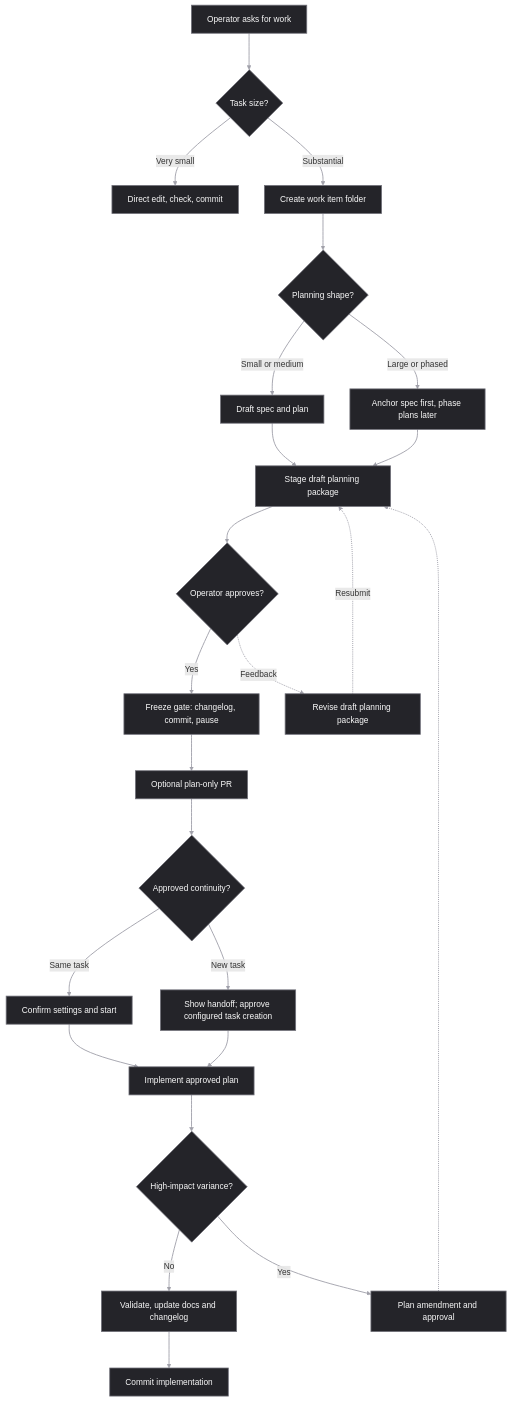
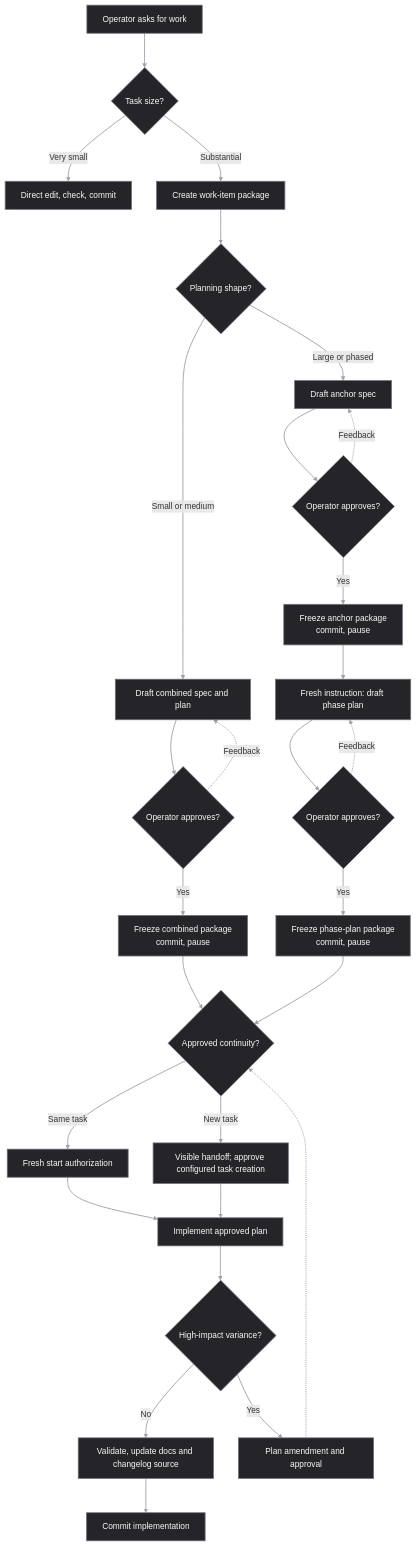
Before and after one commit to itxyzzz/dev-doc-harness: the diagram in README.md, drawn with Mermaid. The commit also changed other lines of this file and 3 other files, not shown here.

````diff
--- a/README.md
+++ b/README.md
@@ -24,44 +31,45 @@
 ```mermaid
 %%{init: {
   "flowchart": {
     "curve": "basis",
-    "nodeSpacing": 50,
-    "rankSpacing": 70
+    "nodeSpacing": 48,
+    "rankSpacing": 66
   }
 }}%%
 
 flowchart TD
     A["Operator asks for work"]:::house --> B{"Task size?"}:::house
-    B -->|Very small| C["Direct edit, check, commit"]:::house
-    B -->|Substantial| D["Create work item folder"]:::house
+    B -->|"Very small"| C["Direct edit, check, commit"]:::house
+    B -->|"Substantial"| D["Create work-item package"]:::house
 
     D --> E{"Planning shape?"}:::house
-    E -->|Small or medium| F["Draft spec and plan"]:::house
-    E -->|Large or phased| G["Anchor spec first, phase plans later"]:::house
+    E -->|"Small or medium"| F["Draft combined spec and plan"]:::house
+    E -->|"Large or phased"| G["Draft anchor spec"]:::house
 
-    F --> H["Stage draft planning package"]:::house
-    G --> H
+    F --> H{"Operator approves?"}:::house
+    H -.->|"Feedback"| F
+    H -->|"Yes"| I["Freeze combined package<br/>commit, pause"]:::house
 
-    H --> I{"Operator approves?"}:::house
-    I -->|Yes| J["Freeze gate: changelog, commit, pause"]:::house
+    G --> J{"Operator approves?"}:::house
+    J -.->|"Feedback"| G
+    J -->|"Yes"| K["Freeze anchor package<br/>commit, pause"]:::house
+    K --> L["Fresh instruction: draft phase plan"]:::house
+    L --> M{"Operator approves?"}:::house
+    M -.->|"Feedback"| L
+    M -->|"Yes"| N["Freeze phase-plan package<br/>commit, pause"]:::house
 
-    I -.->|Feedback| R["Revise draft planning package"]:::house
-    R -.->|Resubmit| H
-
-    J --> O["Optional plan-only PR"]:::house
-    O --> P{"Approved continuity?"}:::house
-    P -->|Same task| S["Confirm settings and start"]:::house
-    P -->|New task| T["Show handoff; approve configured task creation"]:::house
-    S --> Q["Implement approved plan"]:::house
-    T --> Q
-    Q --> K{"High-impact variance?"}:::house
-
-    K -->|No| L["Validate, update docs and changelog"]:::house
-    L --> M["Commit implementation"]:::house
-
-    K -->|Yes| N["Plan amendment and approval"]:::house
-    N -.-> H
+    I --> O{"Approved continuity?"}:::house
+    N --> O
+    O -->|"Same task"| P["Fresh start authorization"]:::house
+    O -->|"New task"| Q["Visible handoff; approve configured task creation"]:::house
+    P --> R["Implement approved plan"]:::house
+    Q --> R
+    R --> S{"High-impact variance?"}:::house
+    S -->|"No"| T["Validate, update docs and changelog source"]:::house
+    T --> U["Commit implementation"]:::house
+    S -->|"Yes"| V["Plan amendment and approval"]:::house
+    V -.-> O
 
     classDef house fill:#242429,stroke:#71717a,stroke-width:1.5px,color:#fafafa
     linkStyle default stroke:#a1a1aa,stroke-width:1.75px
 ```
````
